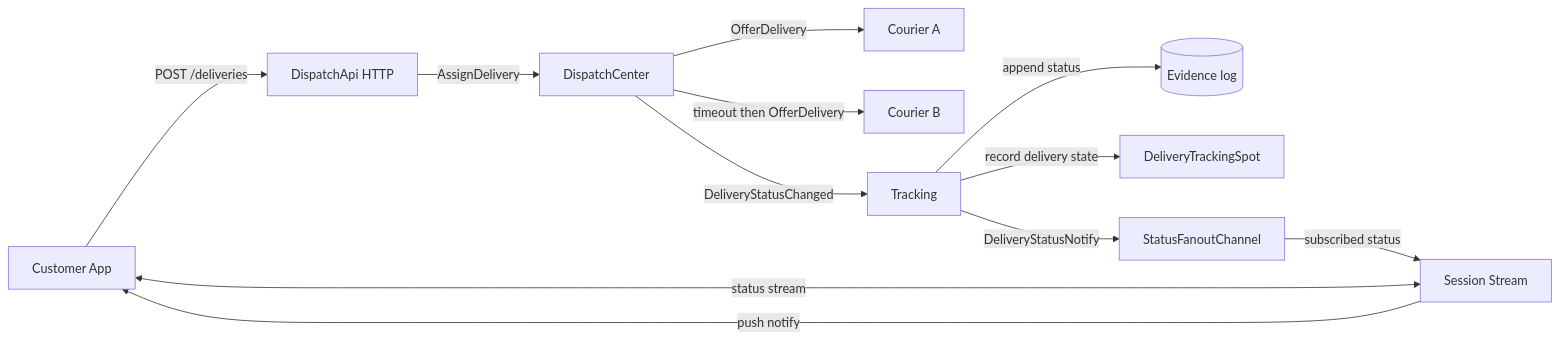
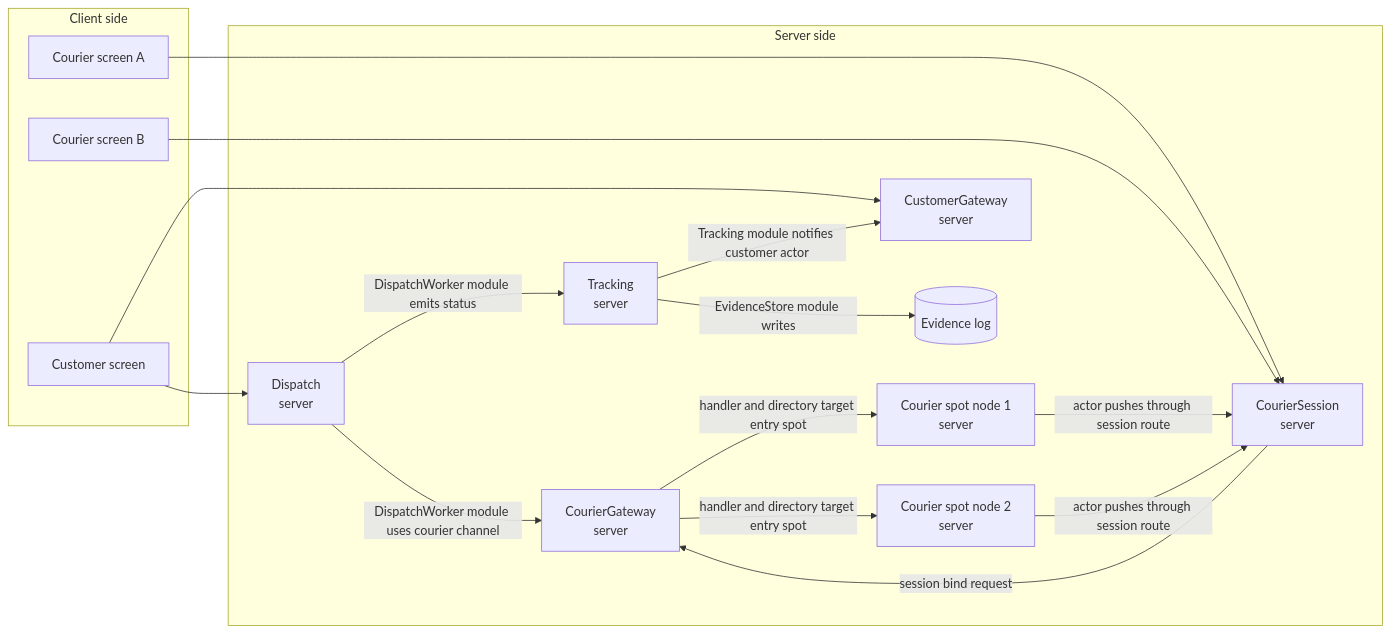
One commit to kairos-code-dev/zlink changed the second of 4 diagrams in framework/doc/framework/common/sample/deliverydispatch/README.ko.md. Above: the diagram before and after it, drawn with Mermaid. The commit also changed other lines of this file and 67 other files, not shown here.

Commit message:
Refactor .NET DeliveryDispatch sample

````diff
--- a/framework/doc/framework/common/sample/deliverydispatch/README.ko.md
+++ b/framework/doc/framework/common/sample/deliverydispatch/README.ko.md
@@ -116,25 +134,36 @@
 ```mermaid
 flowchart LR
-    Customer[Customer App]
-    DispatchApi[DispatchApi HTTP]
-    DispatchCenter[DispatchCenter]
-    CourierA[Courier A]
-    CourierB[Courier B]
-    Tracking[Tracking]
-    StatusFanout[StatusFanoutChannel]
-    Session[Session Stream]
-    DeliverySpot[DeliveryTrackingSpot]
-    Evidence[(Evidence log)]
+    subgraph ClientSide[Client side]
+        Customer[Customer screen]
+        CourierClientA[Courier screen A]
+        CourierClientB[Courier screen B]
+    end
 
-    Customer -->|POST /deliveries| DispatchApi
-    Customer <-->|status stream| Session
-    DispatchApi -->|AssignDelivery| DispatchCenter
-    DispatchCenter -->|OfferDelivery| CourierA
-    DispatchCenter -->|timeout then OfferDelivery| CourierB
-    DispatchCenter -->|DeliveryStatusChanged| Tracking
-    Tracking -->|append status| Evidence
-    Tracking -->|record delivery state| DeliverySpot
-    Tracking -->|DeliveryStatusNotify| StatusFanout
-    StatusFanout -->|subscribed status| Session
-    Session -->|push notify| Customer
+    subgraph ServerSide[Server side]
+        DispatchServer["Dispatch<br/>server"]
+        CourierGatewayServer["CourierGateway<br/>server"]
+        CourierSessionServer["CourierSession<br/>server"]
+        CourierSpotServer1["Courier spot node 1<br/>server"]
+        CourierSpotServer2["Courier spot node 2<br/>server"]
+        CustomerGatewayServer["CustomerGateway<br/>server"]
+        TrackingServer["Tracking<br/>server"]
+        Evidence[(Evidence log)]
+    end
+
+    Customer --> DispatchServer
+    Customer --> CustomerGatewayServer
+    CourierClientA --> CourierSessionServer
+    CourierClientB --> CourierSessionServer
+
+    DispatchServer -->|DispatchWorker module uses courier channel| CourierGatewayServer
+    DispatchServer -->|DispatchWorker module emits status| TrackingServer
+
+    CourierGatewayServer -->|handler and directory target entry spot| CourierSpotServer1
+    CourierGatewayServer -->|handler and directory target entry spot| CourierSpotServer2
+    CourierSessionServer -->|session bind request| CourierGatewayServer
+    CourierSpotServer1 -->|actor pushes through session route| CourierSessionServer
+    CourierSpotServer2 -->|actor pushes through session route| CourierSessionServer
+
+    TrackingServer -->|EvidenceStore module writes| Evidence
+    TrackingServer -->|Tracking module notifies customer actor| CustomerGatewayServer
 ```
````
